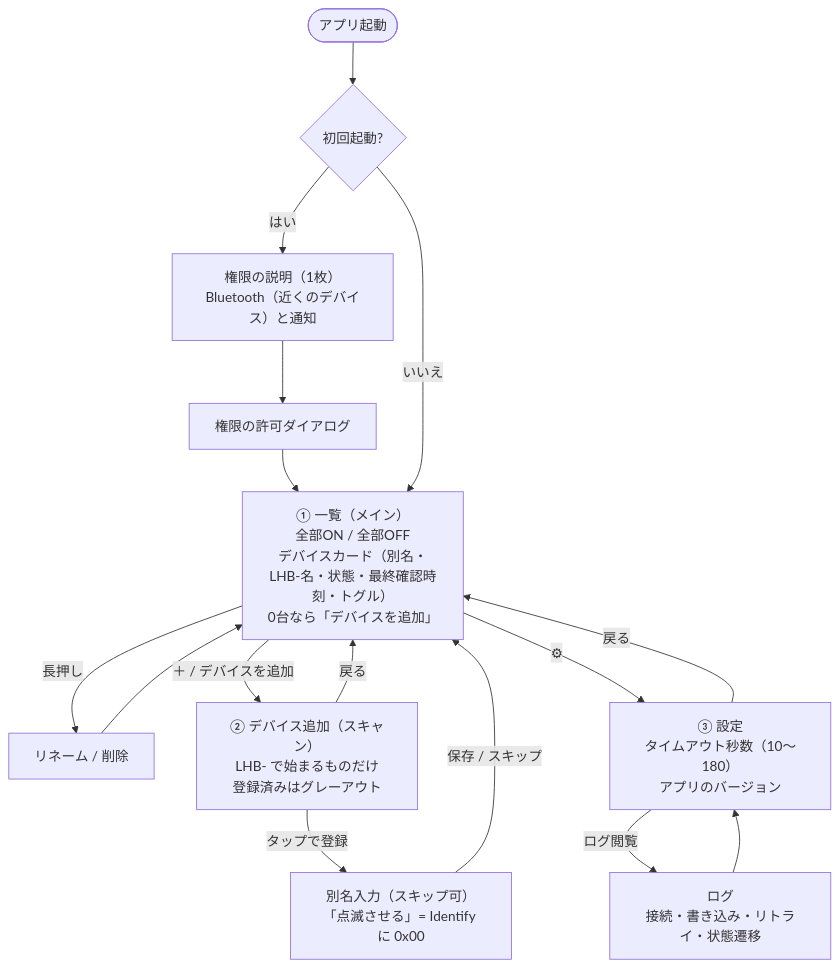
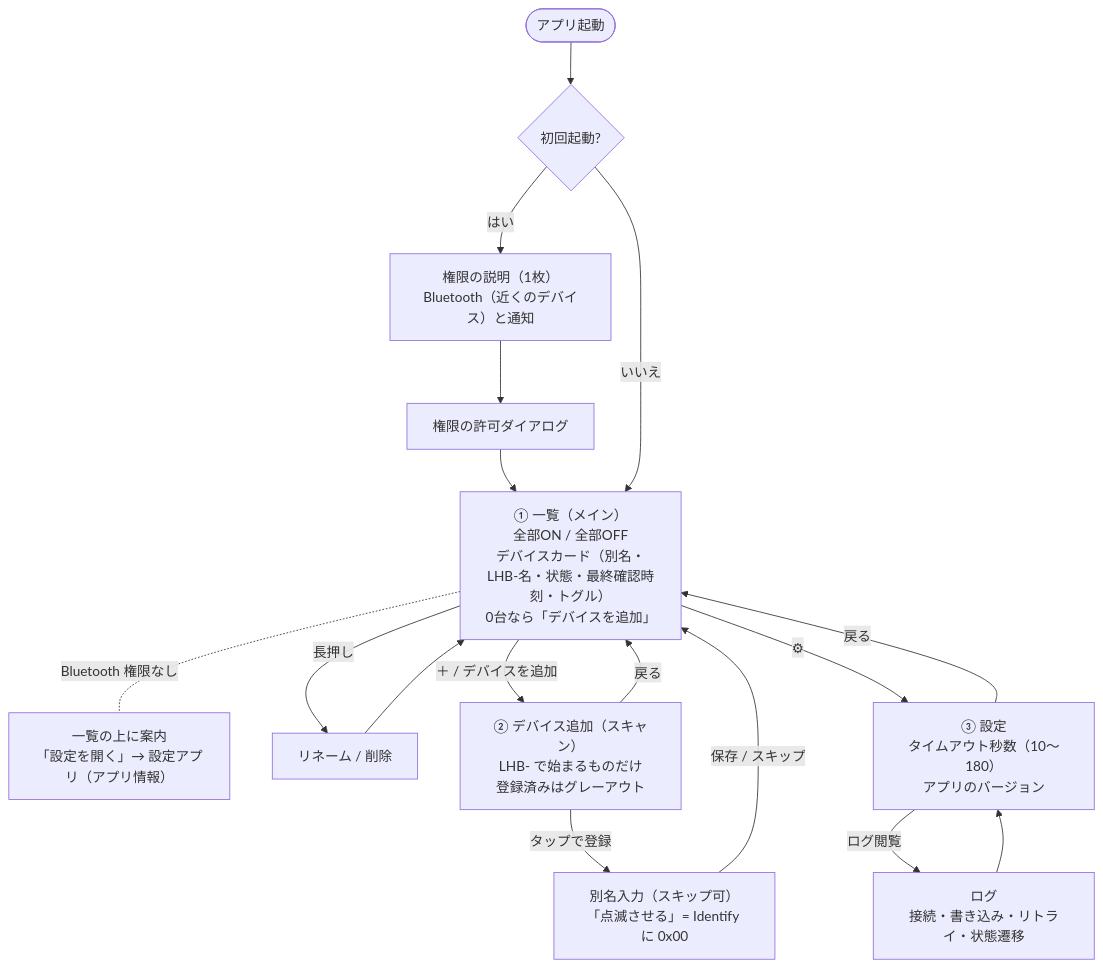
One commit to zeusisgood/lighthouse-keeper changed the diagram in docs/architecture/04-screen-flow.md. Above: the diagram before and after it, drawn with Mermaid. The commit also changed other lines of this file and 4 other files, not shown here.

````diff
--- a/docs/architecture/04-screen-flow.md
+++ b/docs/architecture/04-screen-flow.md
@@ -5,22 +5,23 @@
 ```mermaid
 flowchart TB
     Start([アプリ起動]) --> First{初回起動?}
     First -- はい --> Explain["権限の説明（1枚）<br/>Bluetooth（近くのデバイス）と通知"]
     Explain --> Dialog["権限の許可ダイアログ"]
     Dialog --> List
     First -- いいえ --> List
 
     List["① 一覧（メイン）<br/>全部ON / 全部OFF<br/>デバイスカード（別名・LHB-名・状態・最終確認時刻・トグル）<br/>0台なら「デバイスを追加」"]
+    List -. "Bluetooth 権限なし" .- Banner["一覧の上に案内<br/>「設定を開く」→ 設定アプリ（アプリ情報）"]
     List -- "長押し" --> Menu["リネーム / 削除"]
     Menu --> List
 
     List -- "＋ / デバイスを追加" --> Scan["② デバイス追加（スキャン）<br/>LHB- で始まるものだけ<br/>登録済みはグレーアウト"]
     Scan -- "タップで登録" --> Alias["別名入力（スキップ可）<br/>「点滅させる」= Identify に 0x00"]
     Alias -- "保存 / スキップ" --> List
     Scan -- "戻る" --> List
 
     List -- "⚙" --> Settings["③ 設定<br/>タイムアウト秒数（10〜180）<br/>アプリのバージョン"]
     Settings -- "ログ閲覧" --> Log["ログ<br/>接続・書き込み・リトライ・状態遷移"]
     Log --> Settings
     Settings -- "戻る" --> List
 ```
````
